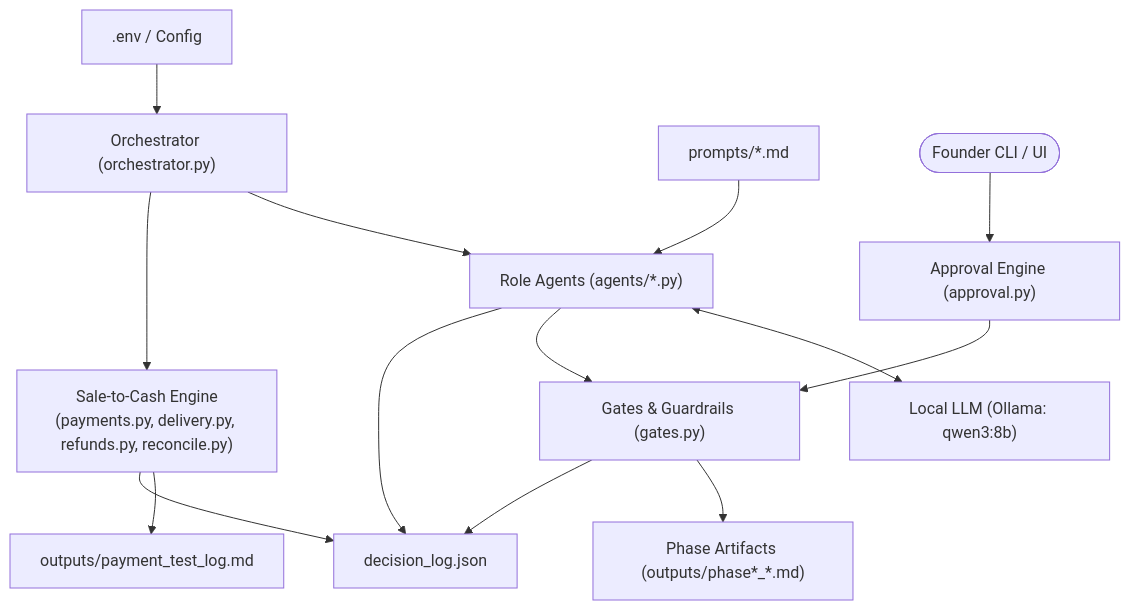
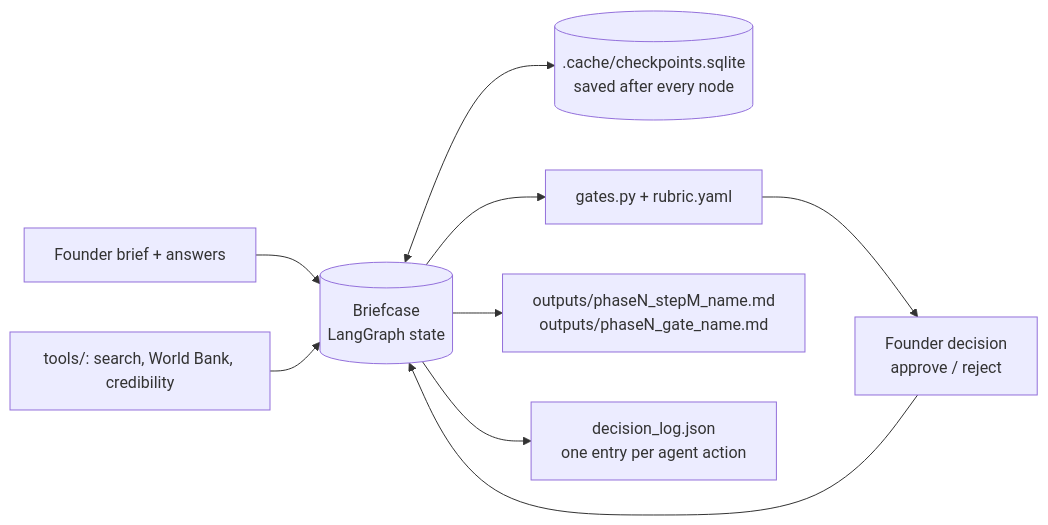
Before and after one commit to moazezzat-sudo/agentic-venture-builder: the fourth of 4 diagrams in ARCHITECTURE.md, drawn with Mermaid. The commit also changed other lines of this file, not shown here.

First line of the commit message:
Rewrite ARCHITECTURE.md: six phases, gates and STOP, sale to cash, data flow

````diff
--- a/ARCHITECTURE.md
+++ b/ARCHITECTURE.md
@@ -128,16 +210,9 @@
 ```mermaid
-flowchart TD
-    Env[".env / Config"] --> Orch["Orchestrator (orchestrator.py)"]
-    Prompts["prompts/*.md"] --> Agents["Role Agents (agents/*.py)"]
-    Orch --> Agents
-    Agents <--> Ollama["Local LLM (Ollama: qwen3:8b)"]
-    Agents --> Gates["Gates & Guardrails (gates.py)"]
-    Founder(["Founder CLI / UI"]) --> Approval["Approval Engine (approval.py)"]
-    Approval --> Gates
-    Gates --> Outputs["Phase Artifacts (outputs/phase*_*.md)"]
-    Orch --> Commerce["Sale-to-Cash Engine\n(payments.py, delivery.py, refunds.py, reconcile.py)"]
-    Commerce --> PayLog["outputs/payment_test_log.md"]
-    Agents --> DecLog["decision_log.json"]
-    Gates --> DecLog
-    Commerce --> DecLog
+flowchart LR
+  BR["Founder brief + answers"] --> BC[("Briefcase<br/>LangGraph state")]
+  T["tools/: search, World Bank, credibility"] --> BC
+  BC <--> CK[(".cache/checkpoints.sqlite<br/>saved after every node")]
+  BC --> G["gates.py + rubric.yaml"] --> FD["Founder decision<br/>approve / reject"] --> BC
+  BC --> O["outputs/phaseN_stepM_name.md<br/>outputs/phaseN_gate_name.md"]
+  BC --> L["decision_log.json<br/>one entry per agent action"]
 ```
````
